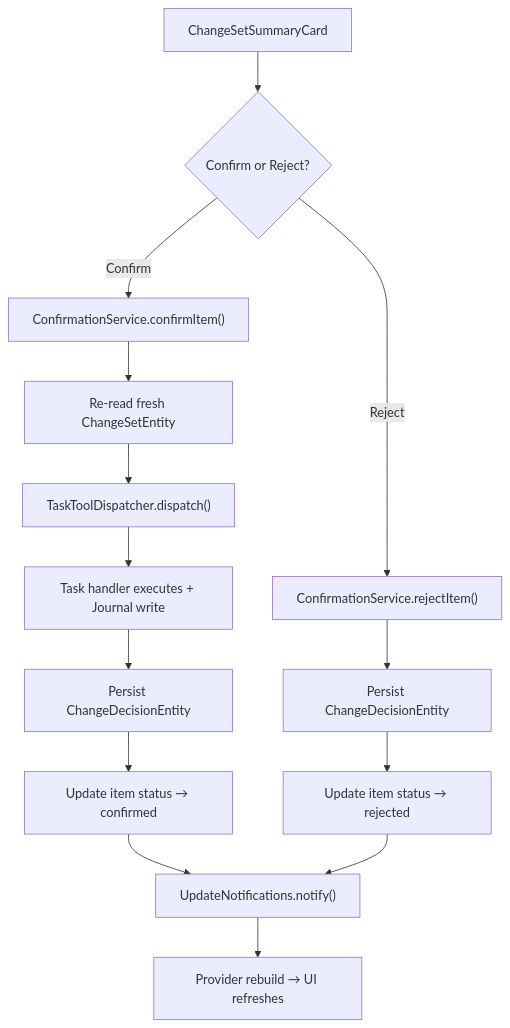
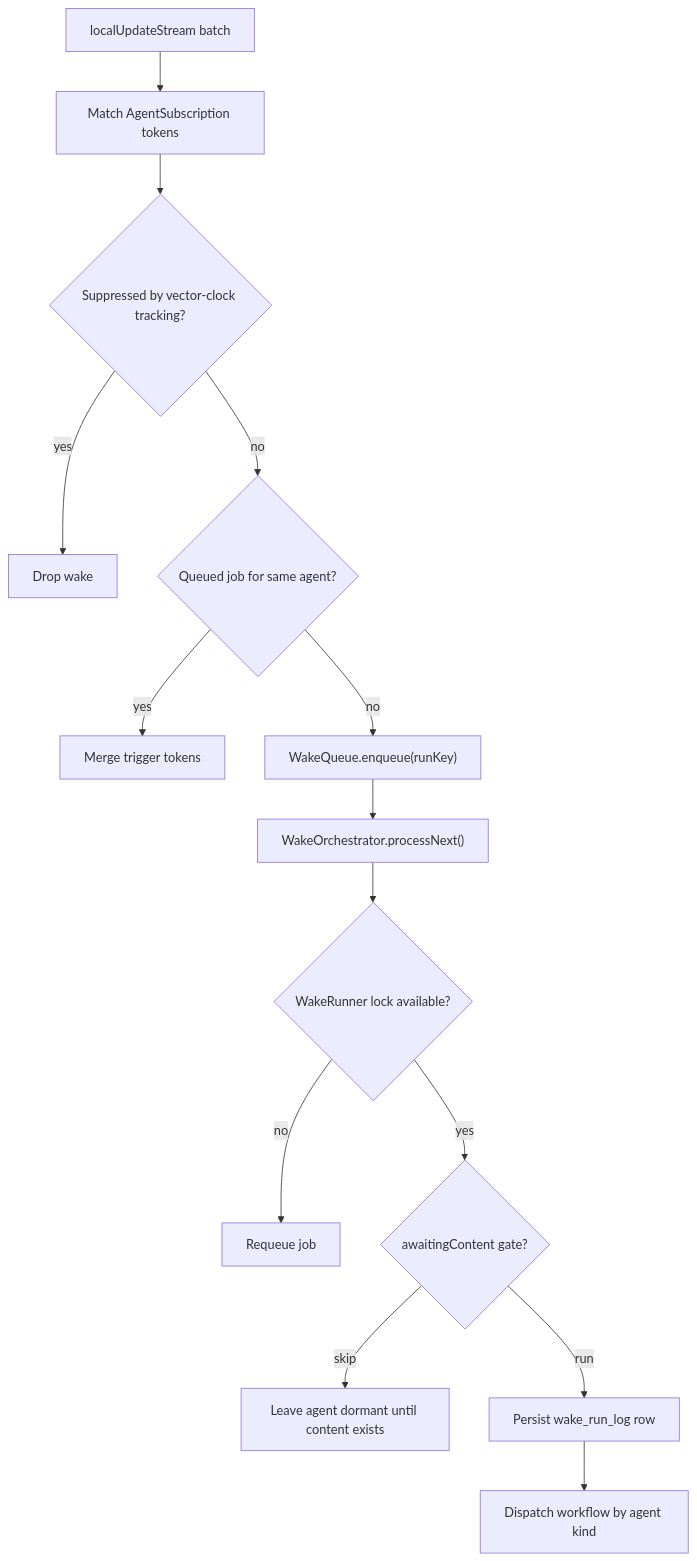
Before and after one commit to matthiasn/lotti: the fourth of 6 diagrams in lib/features/agents/README.md, drawn with Mermaid. The commit also changed other lines of this file and 8 other files, not shown here.

````diff
--- a/lib/features/agents/README.md
+++ b/lib/features/agents/README.md
@@ -107,16 +236,16 @@
 ```mermaid
 flowchart TD
-  A["ChangeSetSummaryCard"] --> B{"Confirm or Reject?"}
-  B -->|Confirm| C["ConfirmationService.confirmItem()"]
-  C --> D["Re-read fresh ChangeSetEntity"]
-  D --> E["TaskToolDispatcher.dispatch()"]
-  E --> F["Task handler executes + Journal write"]
-  F --> G["Persist ChangeDecisionEntity"]
-  G --> H["Update item status → confirmed"]
-  B -->|Reject| I["ConfirmationService.rejectItem()"]
-  I --> J["Persist ChangeDecisionEntity"]
-  J --> K["Update item status → rejected"]
-  H --> L["UpdateNotifications.notify()"]
-  K --> L
-  L --> M["Provider rebuild → UI refreshes"]
+  Update["localUpdateStream batch"] --> Match["Match AgentSubscription tokens"]
+  Match --> Suppress{"Suppressed by vector-clock tracking?"}
+  Suppress -->|yes| Drop["Drop wake"]
+  Suppress -->|no| Merge{"Queued job for same agent?"}
+  Merge -->|yes| Coalesce["Merge trigger tokens"]
+  Merge -->|no| Queue["WakeQueue.enqueue(runKey)"]
+  Queue --> Drain["WakeOrchestrator.processNext()"]
+  Drain --> Busy{"WakeRunner lock available?"}
+  Busy -->|no| Requeue["Requeue job"]
+  Busy -->|yes| Content{"awaitingContent gate?"}
+  Content -->|skip| Wait["Leave agent dormant until content exists"]
+  Content -->|run| Persist["Persist wake_run_log row"]
+  Persist --> Exec["Dispatch workflow by agent kind"]
 ```
````
